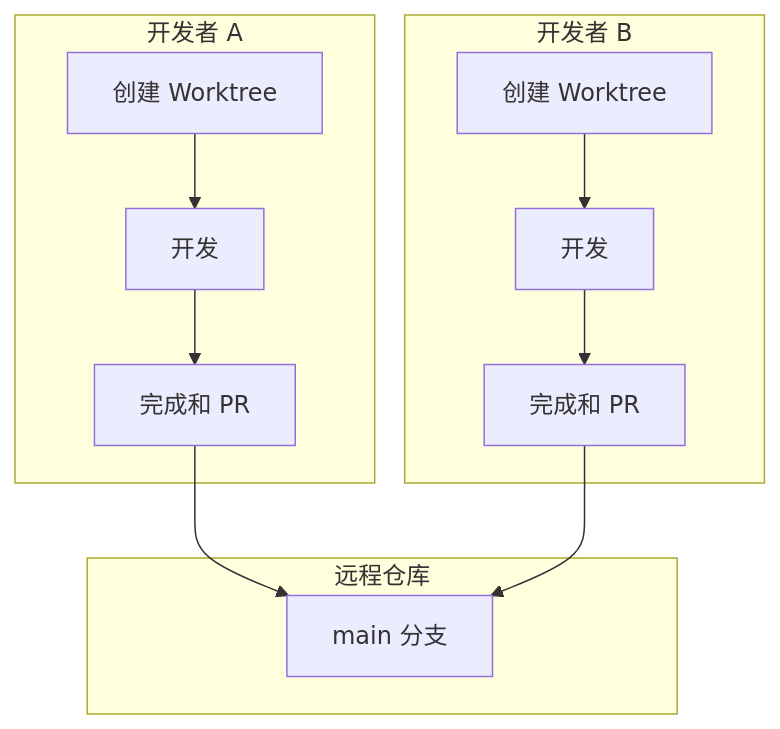
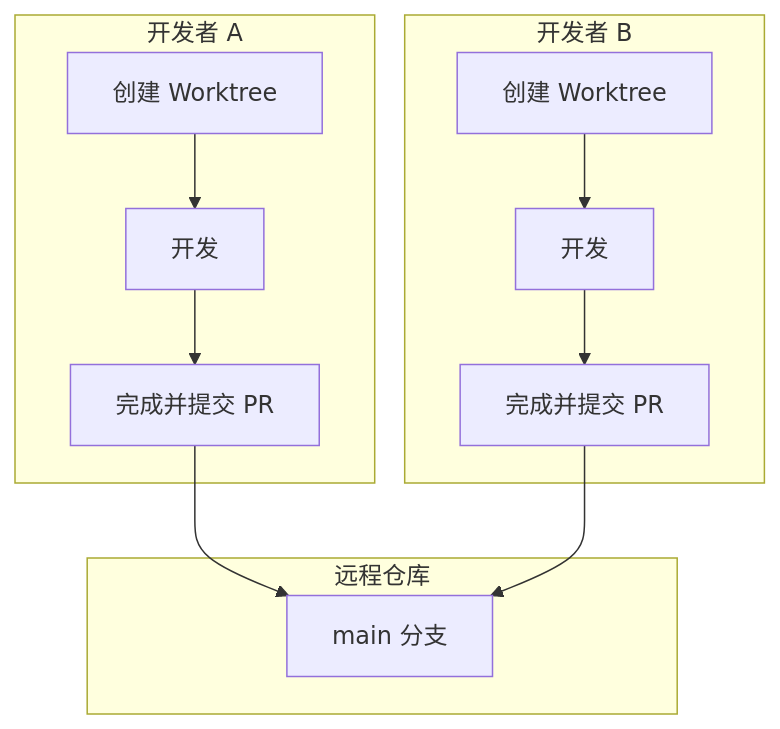
Before and after one commit to modu-ai/moai-adk: the ninth of 9 diagrams in docs-site/content/zh/worktree/faq.md, drawn with Mermaid. The commit also changed other lines of this file and 395 other files, not shown here.

````diff
--- a/docs-site/content/zh/worktree/faq.md
+++ b/docs-site/content/zh/worktree/faq.md
@@ -503,21 +503,21 @@
 ```mermaid
-flowchart TD
+graph TB
     subgraph DevA["开发者 A"]
         A1[创建 Worktree]
         A2[开发]
-        A3[完成和 PR]
+        A3[完成并提交 PR]
     end
 
     subgraph DevB["开发者 B"]
         B1[创建 Worktree]
         B2[开发]
-        B3[完成和 PR]
+        B3[完成并提交 PR]
     end
 
     subgraph Remote["远程仓库"]
         R[main 分支]
     end
 
     A1 --> A2 --> A3 --> R
     B1 --> B2 --> B3 --> R
 ```
````
